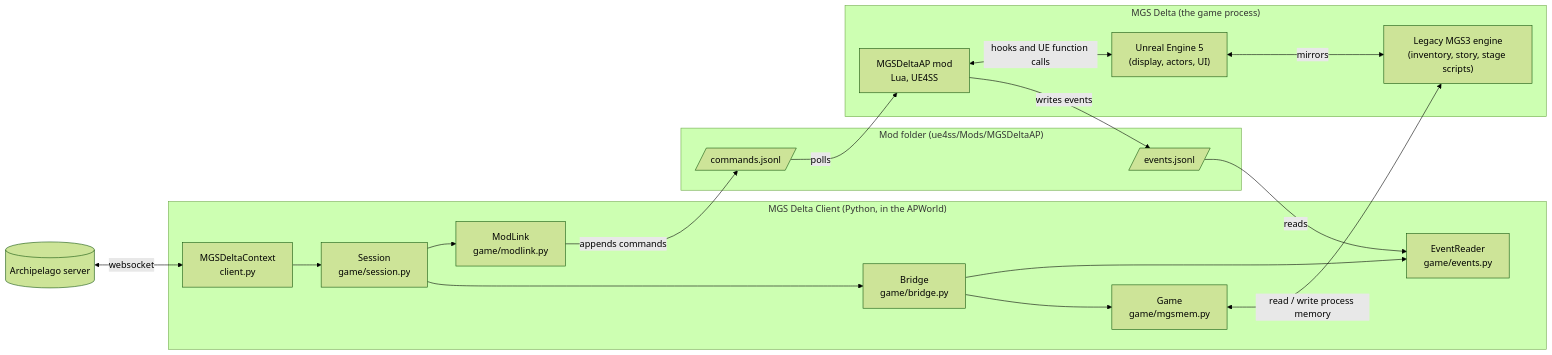
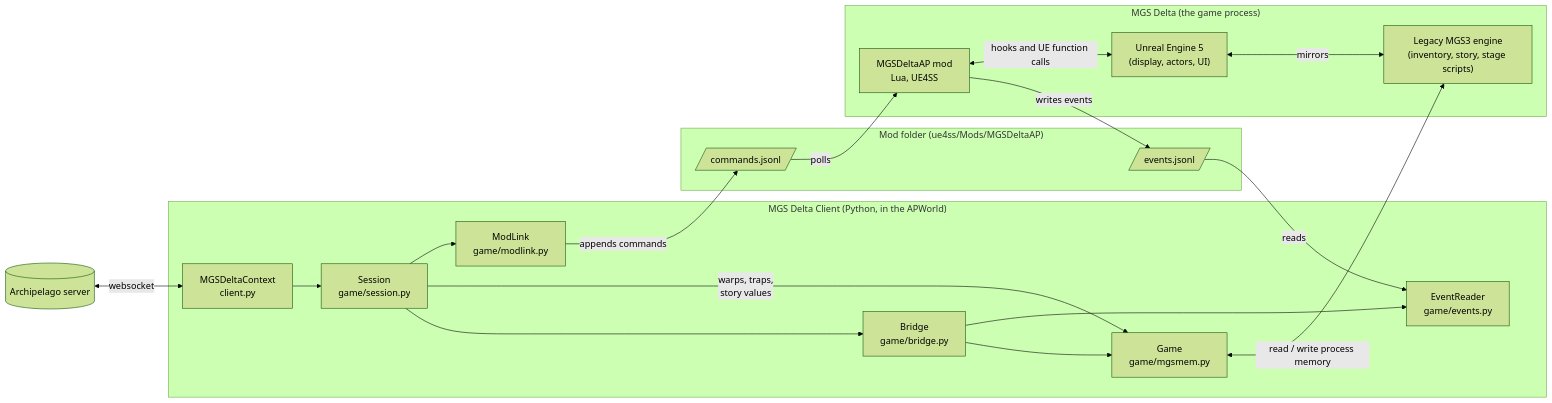
Before and after one commit to jarich-b/MGSDeltaAP: the first of 3 diagrams in docs/architecture.md, drawn with Mermaid (forest theme). The commit also changed other lines of this file and 4 other files, not shown here.

First line of the commit message:
Review fixes: graphs, wording, README alert, cheaper inventory writes

````diff
--- a/docs/architecture.md
+++ b/docs/architecture.md
@@ -12,36 +12,37 @@
 ```mermaid
 flowchart LR
     server[("Archipelago server")]
     subgraph client["MGS Delta Client (Python, in the APWorld)"]
         ctx["MGSDeltaContext<br/>client.py"]
         session["Session<br/>game/session.py"]
         bridge["Bridge<br/>game/bridge.py"]
         mem["Game<br/>game/mgsmem.py"]
         link["ModLink<br/>game/modlink.py"]
         reader["EventReader<br/>game/events.py"]
     end
     subgraph files["Mod folder (ue4ss/Mods/MGSDeltaAP)"]
         ev[/"events.jsonl"/]
         cmd[/"commands.jsonl"/]
     end
     subgraph game["MGS Delta (the game process)"]
         mod["MGSDeltaAP mod<br/>Lua, UE4SS"]
         ue["Unreal Engine 5<br/>(display, actors, UI)"]
         legacy["Legacy MGS3 engine<br/>(inventory, story, stage scripts)"]
     end
 
     server <-- "websocket" --> ctx
     ctx --> session
     session --> bridge
     bridge --> mem
+    session -- "warps, traps,<br/>story values" --> mem
     session --> link
     bridge --> reader
 
     mem <-- "read / write process memory" --> legacy
     mod -- "writes events" --> ev
     ev -- "reads" --> reader
     link -- "appends commands" --> cmd
     cmd -- "polls" --> mod
     mod <-- "hooks and UE function calls" --> ue
     ue <-- "mirrors" --> legacy
 ```
````
